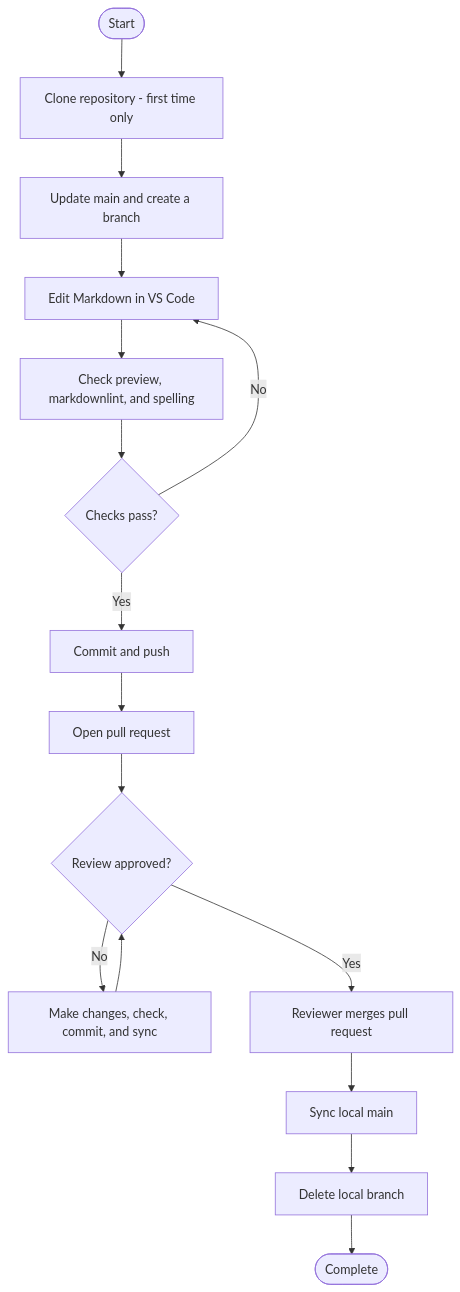
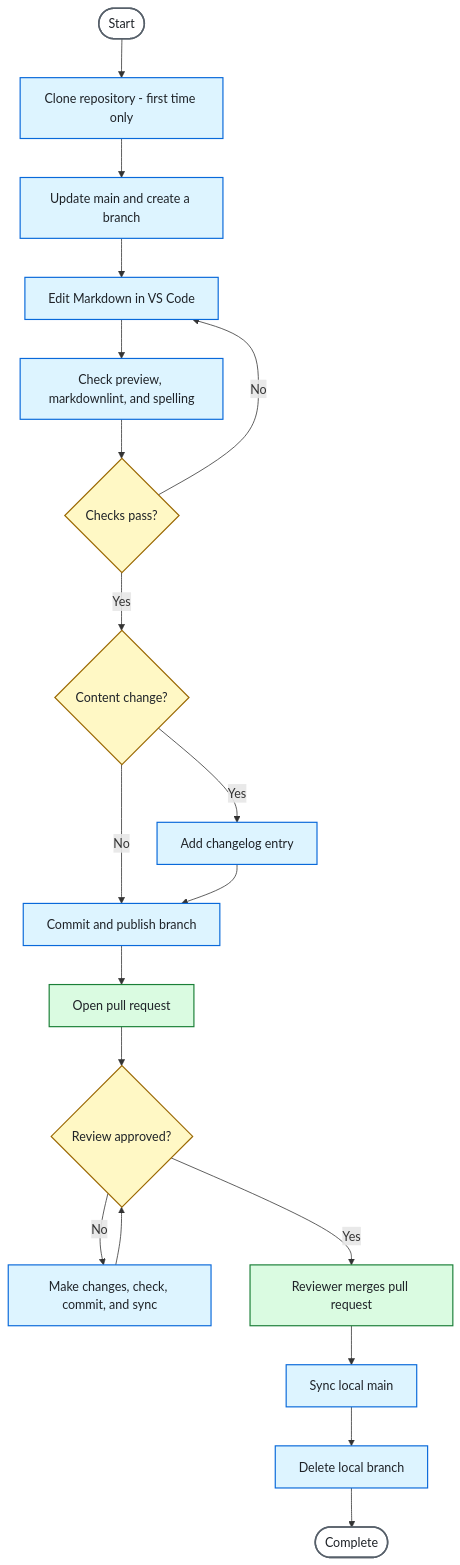
Before and after one commit to georgialainiotis/docs-contribution-sop-sample: the diagram in CONTRIBUTING.md, drawn with Mermaid. The commit also changed other lines of this file, not shown here.

````diff
--- a/CONTRIBUTING.md
+++ b/CONTRIBUTING.md
@@ -142,18 +144,30 @@
 ```mermaid
 flowchart TD
     A([Start]) --> B[Clone repository - first time only]
     B --> C[Update main and create a branch]
     C --> D[Edit Markdown in VS Code]
     D --> E[Check preview, markdownlint, and spelling]
     E --> F{Checks pass?}
     F -- No --> D
-    F -- Yes --> G[Commit and push]
+    F -- Yes --> P{Content change?}
+    P -- Yes --> O[Add changelog entry]
+    P -- No --> G[Commit and publish branch]
+    O --> G
     G --> H[Open pull request]
     H --> I{Review approved?}
     I -- No --> J[Make changes, check, commit, and sync]
     J --> I
     I -- Yes --> K[Reviewer merges pull request]
     K --> L[Sync local main]
     L --> M[Delete local branch]
     M --> N([Complete])
+
+    classDef endpoint fill:#ffffff,stroke:#57606a,stroke-width:2px,color:#1f2328
+    classDef local fill:#ddf4ff,stroke:#0969da,stroke-width:1.5px,color:#1f2328
+    classDef remote fill:#dafbe1,stroke:#1a7f37,stroke-width:1.5px,color:#1f2328
+    classDef decision fill:#fff8c5,stroke:#9a6700,stroke-width:1.5px,color:#1f2328
+    class A,N endpoint
+    class B,C,D,E,O,G,J,L,M local
+    class H,K remote
+    class F,P,I decision
 ```
````
